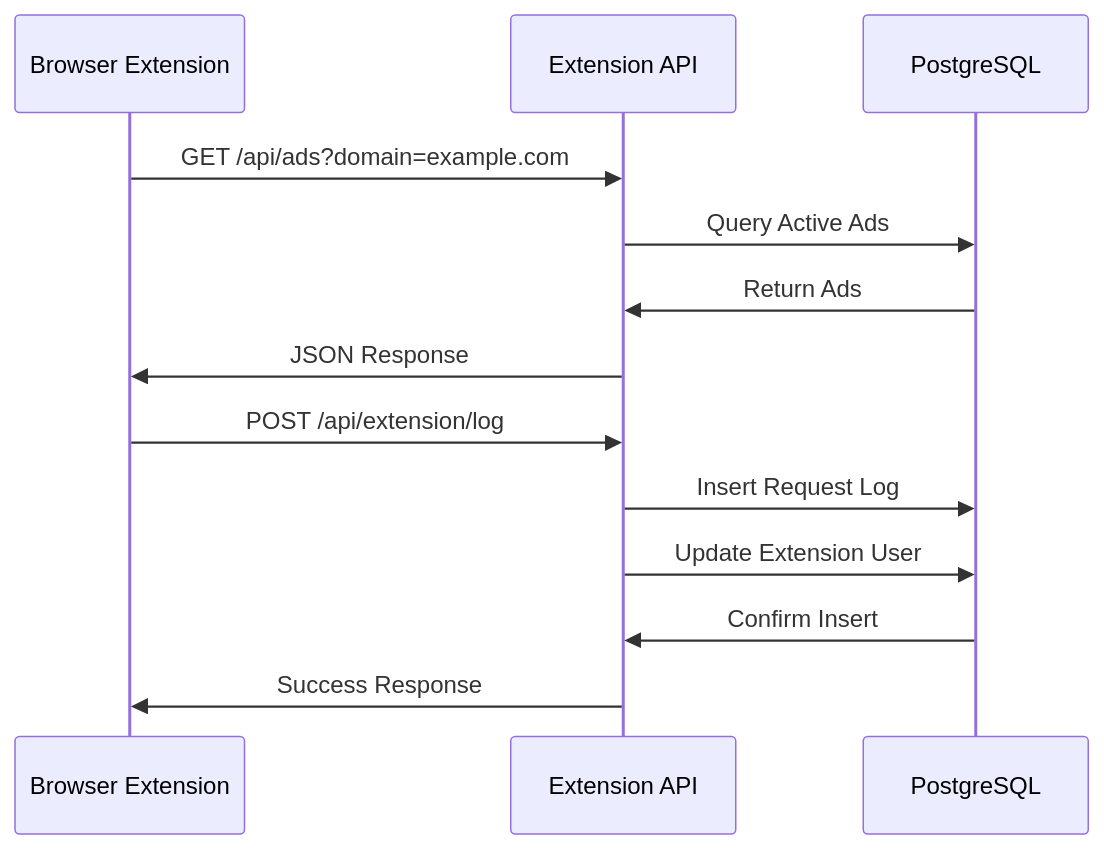
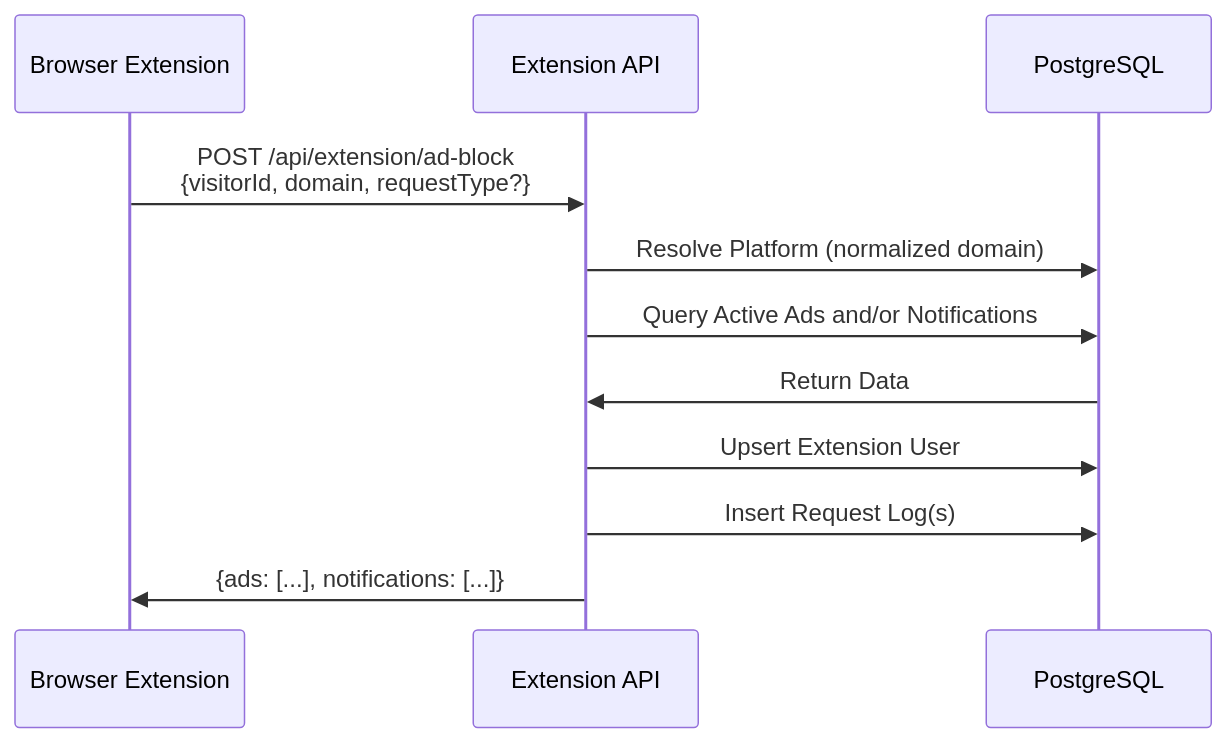
The third of 3 diagrams in docs/ARCHITECTURE.md (rishi23root/ads_platform), drawn with Mermaid before and after one commit. The commit also changed other lines of this file and 33 other files, not shown here.

````diff
--- a/docs/ARCHITECTURE.md
+++ b/docs/ARCHITECTURE.md
@@ -96,17 +97,14 @@
 ```mermaid
 sequenceDiagram
     participant Ext as Browser Extension
     participant API as Extension API
     participant DB as PostgreSQL
     
-    Ext->>API: GET /api/ads?domain=example.com
-    API->>DB: Query Active Ads
-    DB->>API: Return Ads
-    API->>Ext: JSON Response
-    
-    Ext->>API: POST /api/extension/log
-    API->>DB: Insert Request Log
-    API->>DB: Update Extension User
-    DB->>API: Confirm Insert
-    API->>Ext: Success Response
+    Ext->>API: POST /api/extension/ad-block<br/>{visitorId, domain, requestType?}
+    API->>DB: Resolve Platform (normalized domain)
+    API->>DB: Query Active Ads and/or Notifications
+    DB->>API: Return Data
+    API->>DB: Upsert Extension User
+    API->>DB: Insert Request Log(s)
+    API->>Ext: {ads: [...], notifications: [...]}
 ```
````
